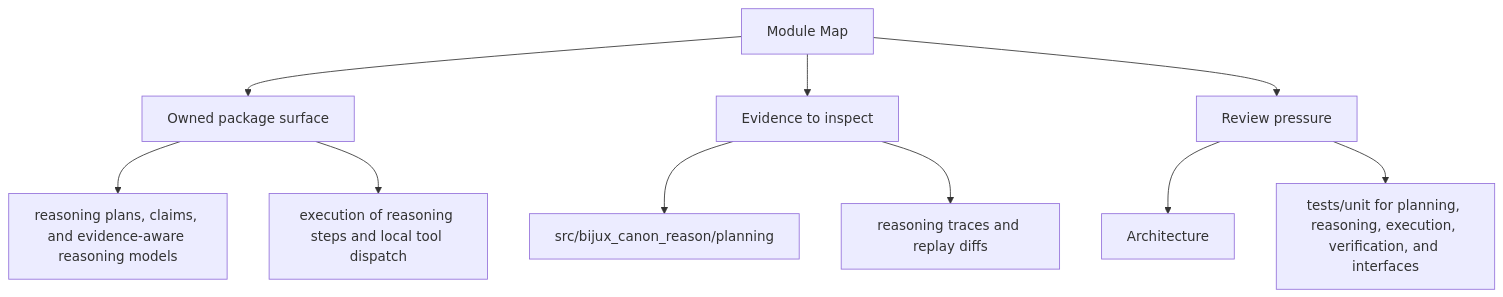
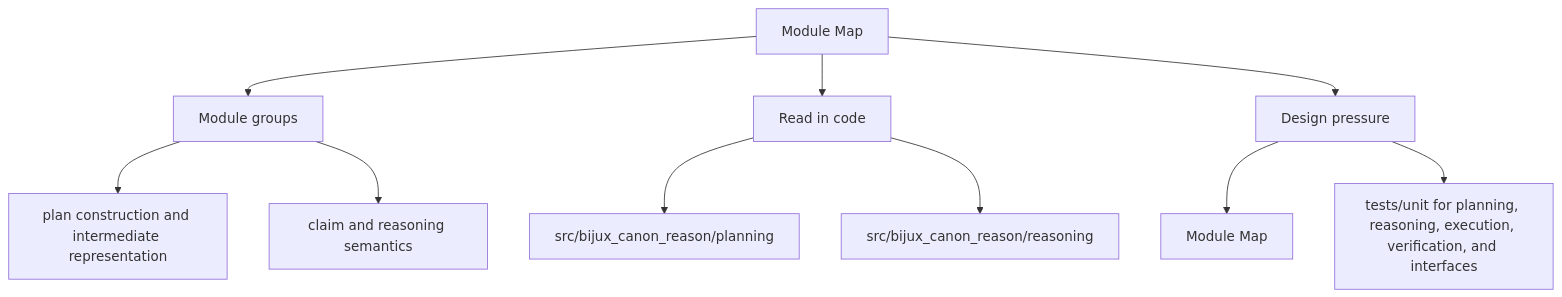
Before and after one commit to bijux/bijux-canon: the second of 2 diagrams in docs/bijux-canon-reason/architecture/module-map.md, drawn with Mermaid. The commit also changed other lines of this file and 250 other files, not shown here.

Commit message:
docs(diagrams): make product page maps more readable

````diff
--- a/docs/bijux-canon-reason/architecture/module-map.md
+++ b/docs/bijux-canon-reason/architecture/module-map.md
@@ -35,22 +35,22 @@
 ```mermaid
 flowchart TD
     page["Module Map"]
-    focus1["Owned package surface"]
+    focus1["Module groups"]
     page --> focus1
-    focus1_1["reasoning plans, claims, and evidence-aware reasoning models"]
+    focus1_1["plan construction and intermediate representation"]
     focus1 --> focus1_1
-    focus1_2["execution of reasoning steps and local tool dispatch"]
+    focus1_2["claim and reasoning semantics"]
     focus1 --> focus1_2
-    focus2["Evidence to inspect"]
+    focus2["Read in code"]
     page --> focus2
     focus2_1["src/bijux_canon_reason/planning"]
     focus2 --> focus2_1
-    focus2_2["reasoning traces and replay diffs"]
+    focus2_2["src/bijux_canon_reason/reasoning"]
     focus2 --> focus2_2
-    focus3["Review pressure"]
+    focus3["Design pressure"]
     page --> focus3
-    focus3_1["Architecture"]
+    focus3_1["Module Map"]
     focus3 --> focus3_1
     focus3_2["tests/unit for planning, reasoning, execution, verification, and interfaces"]
     focus3 --> focus3_2
 ```
````
